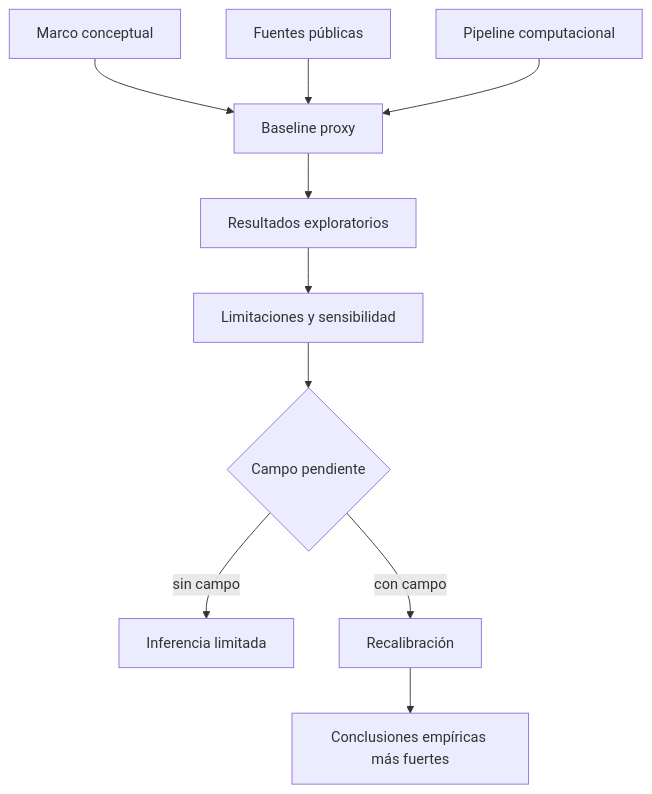
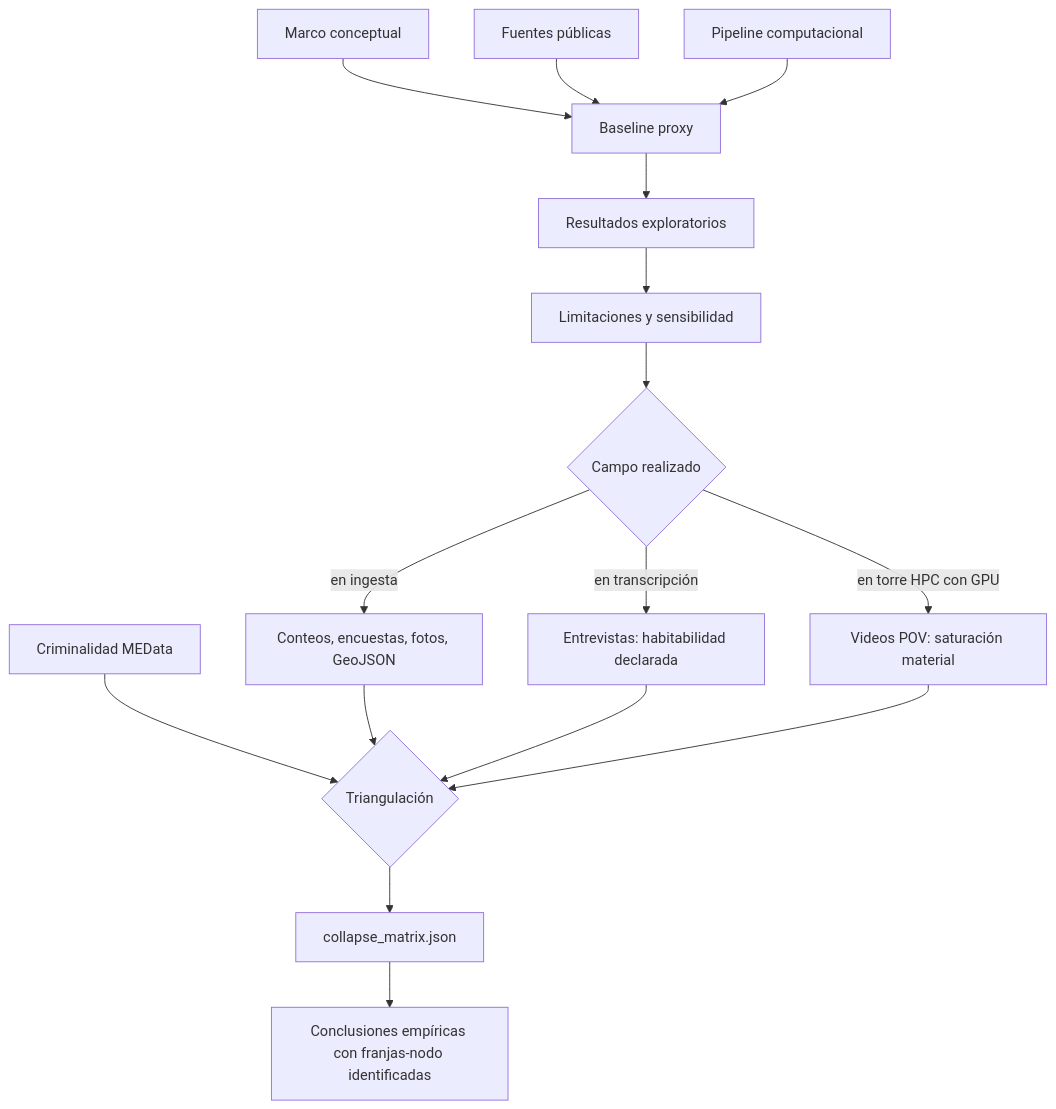
Before and after one commit to stevenvo780/FenomenologiaUrbana: the diagram in tesis/04-conclusiones-y-referencias-bibliograficas.md, drawn with Mermaid. The commit also changed other lines of this file and 13 other files, not shown here.

First line of the commit message:
feat: introducir colapso fenomenológico y entorno HPC dual-GPU

````diff
--- a/tesis/04-conclusiones-y-referencias-bibliograficas.md
+++ b/tesis/04-conclusiones-y-referencias-bibliograficas.md
@@ -122,12 +123,18 @@
 ```mermaid
 graph TD
     A[Marco conceptual] --> D[Baseline proxy]
     B[Fuentes públicas] --> D
     C[Pipeline computacional] --> D
     D --> E[Resultados exploratorios]
     E --> F[Limitaciones y sensibilidad]
-    F --> G{Campo pendiente}
-    G -->|sin campo| H[Inferencia limitada]
-    G -->|con campo| I[Recalibración]
-    I --> J[Conclusiones empíricas más fuertes]
+    F --> G{Campo realizado}
+    G -->|en ingesta| H[Conteos, encuestas, fotos, GeoJSON]
+    G -->|en transcripción| I[Entrevistas: habitabilidad declarada]
+    G -->|en torre HPC con GPU| J[Videos POV: saturación material]
+    K[Criminalidad MEData] --> L{Triangulación}
+    H --> L
+    I --> L
+    J --> L
+    L --> M[collapse_matrix.json]
+    M --> N[Conclusiones empíricas con franjas-nodo identificadas]
 ```
````
